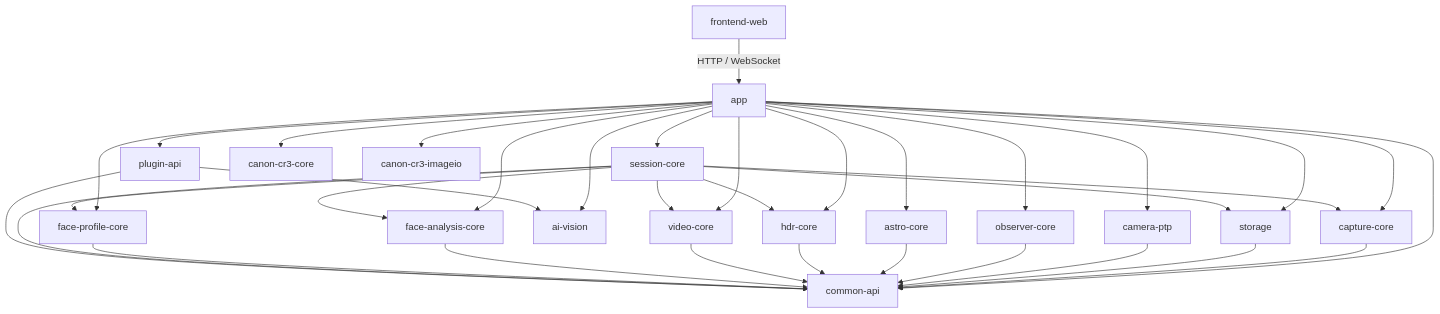
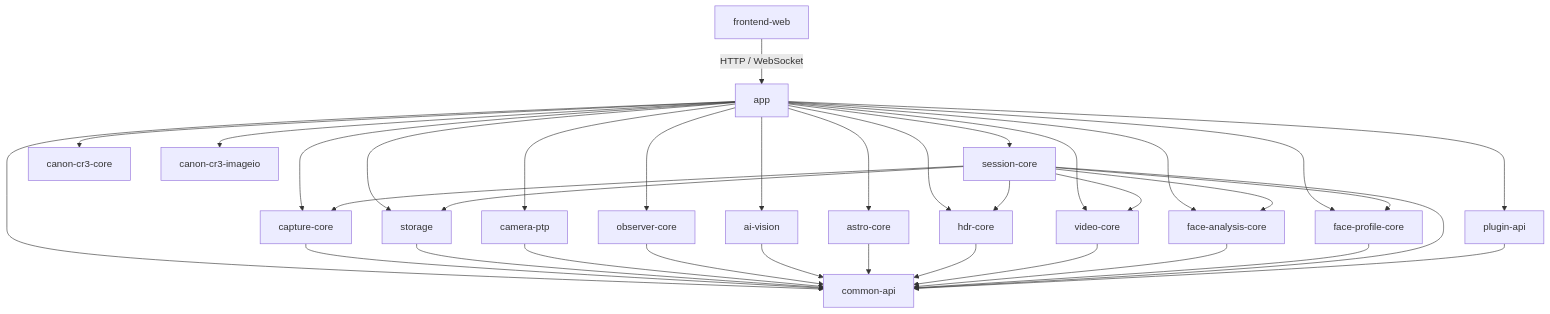
The first of 2 diagrams in docs/developer/architecture.md (carstenartur/Photographer), drawn with Mermaid before and after one commit. The commit also changed other lines of this file, not shown here.

Commit message:
docs: fix CCAPI links and current vision dependency graph

````diff
--- a/docs/developer/architecture.md
+++ b/docs/developer/architecture.md
@@ -18,41 +18,41 @@
 ```mermaid
 graph TD
     UI[frontend-web] -->|HTTP / WebSocket| APP[app]
 
     APP --> COMMON[common-api]
     APP --> PLUGIN[plugin-api]
     APP --> CAPTURE[capture-core]
     APP --> SESSION[session-core]
     APP --> STORAGE[storage]
     APP --> PTP[camera-ptp]
     APP --> OBSERVER[observer-core]
     APP --> AI[ai-vision]
     APP --> ASTRO[astro-core]
     APP --> HDR[hdr-core]
     APP --> VIDEO[video-core]
     APP --> FACE[face-analysis-core]
     APP --> PROFILE[face-profile-core]
     APP --> CR3CORE[canon-cr3-core]
     APP --> IMAGEIO[canon-cr3-imageio]
 
     CAPTURE --> COMMON
     STORAGE --> COMMON
     PTP --> COMMON
     OBSERVER --> COMMON
+    AI --> COMMON
     ASTRO --> COMMON
     HDR --> COMMON
     VIDEO --> COMMON
     FACE --> COMMON
     PROFILE --> COMMON
 
     SESSION --> COMMON
     SESSION --> CAPTURE
     SESSION --> STORAGE
     SESSION --> HDR
     SESSION --> VIDEO
     SESSION --> FACE
     SESSION --> PROFILE
 
     PLUGIN --> COMMON
-    PLUGIN --> AI
 ```
````
